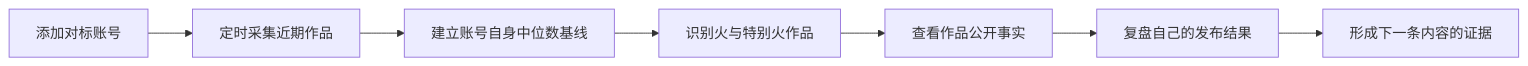
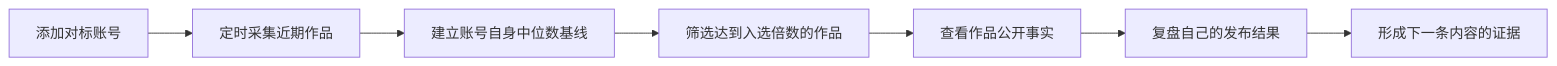
The diagram in README.md (usurikey91-ux/qianduan-video), drawn with Mermaid before and after one commit. The commit also changed other lines of this file and 28 other files, not shown here.

````diff
--- a/README.md
+++ b/README.md
@@ -20,9 +20,9 @@
 ```mermaid
 flowchart LR
     A[添加对标账号] --> B[定时采集近期作品]
     B --> C[建立账号自身中位数基线]
-    C --> D[识别火与特别火作品]
+    C --> D[筛选达到入选倍数的作品]
     D --> E[查看作品公开事实]
     E --> F[复盘自己的发布结果]
     F --> G[形成下一条内容的证据]
 ```
````
